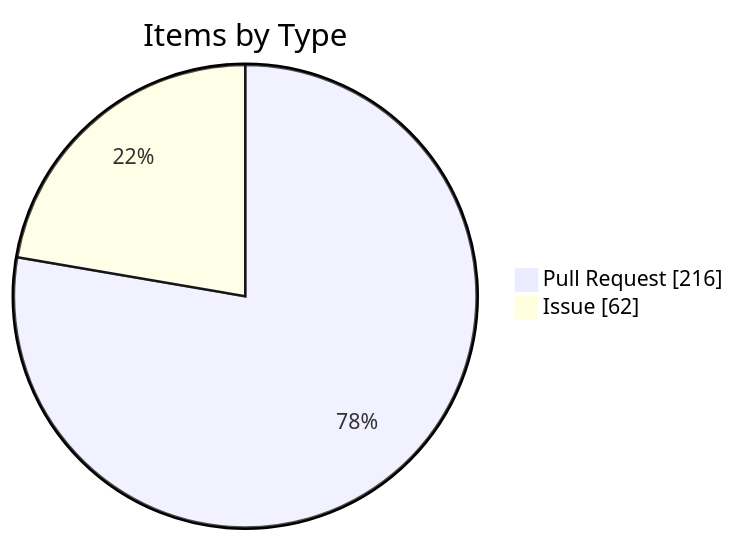
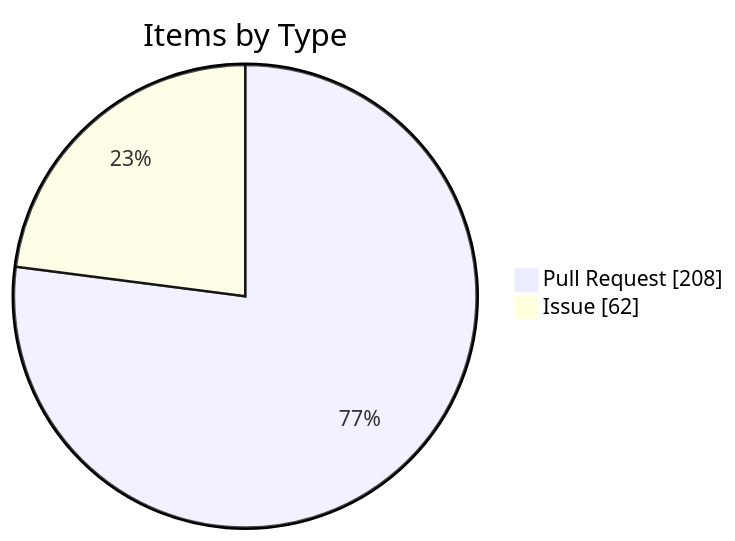
One commit to KBVE/kbve changed the fourth of 4 diagrams in apps/kbve/astro-kbve/src/content/docs/dashboard/kanban-data.mdx. Above: the diagram before and after it, drawn with Mermaid. The commit also changed other lines of this file and 7 other files, not shown here.

````diff
--- a/apps/kbve/astro-kbve/src/content/docs/dashboard/kanban-data.mdx
+++ b/apps/kbve/astro-kbve/src/content/docs/dashboard/kanban-data.mdx
@@ -116,6 +116,6 @@
 ```mermaid
 pie showData
     title Items by Type
-    "Pull Request" : 216
+    "Pull Request" : 208
     "Issue" : 62
 ```
````
